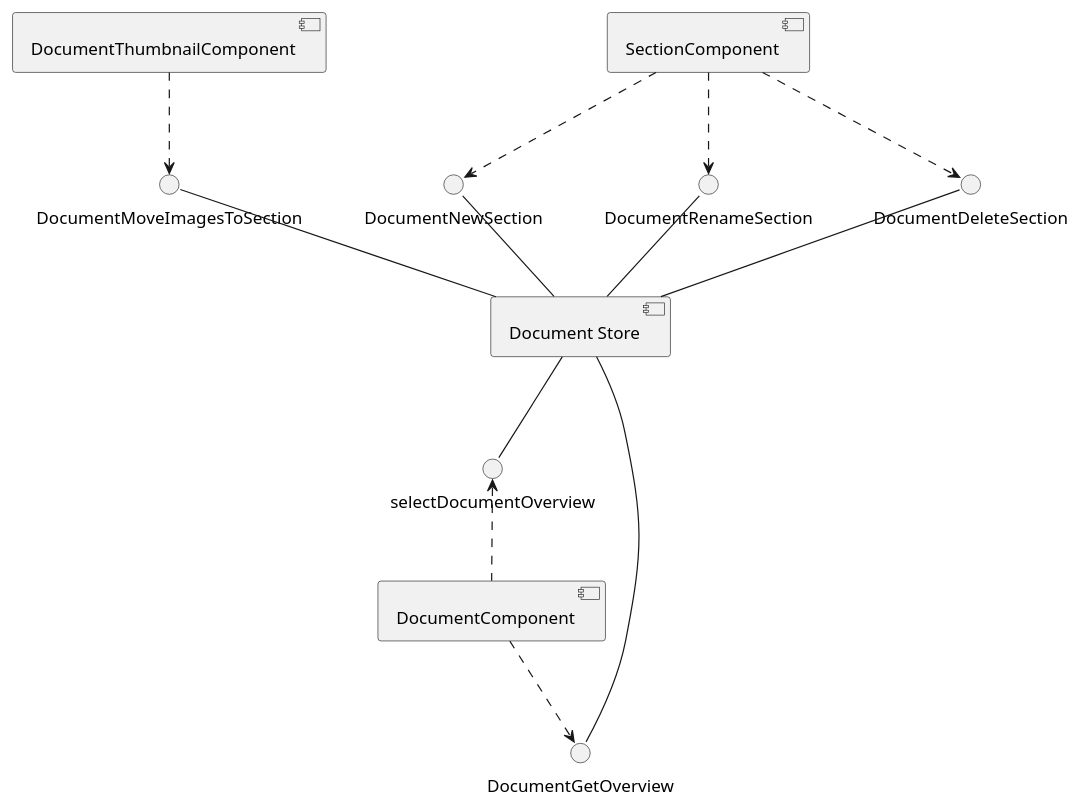
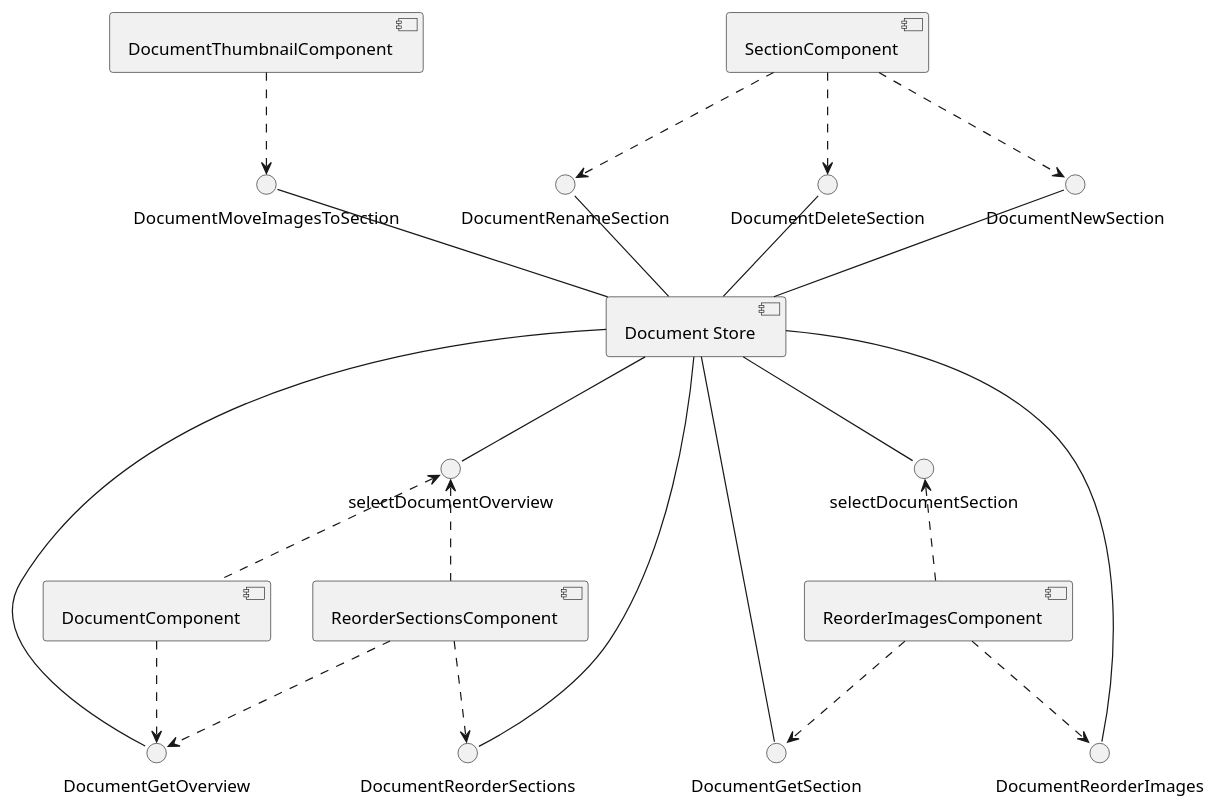
The sixth of 14 diagrams in documentation/puml/angular.puml (HISPAMUS/muret), drawn with PlantUML before and after one commit. The commit also changed 25 other files, not shown here.

```diff
--- a/documentation/puml/angular.puml
+++ b/documentation/puml/angular.puml
@@ -146,18 +146,29 @@
 @startuml document_store_component
     [Document Store]
     DocumentGetOverview -- [Document Store]
     DocumentMoveImagesToSection -- [Document Store]
     DocumentNewSection -- [Document Store]
     DocumentRenameSection -- [Document Store]
     DocumentDeleteSection -- [Document Store]
+    DocumentReorderSections -- [Document Store]
+    DocumentGetSection -- [Document Store]
+    DocumentReorderImages -- [Document Store]
 
     [Document Store] -- selectDocumentOverview
+    [Document Store] -- selectDocumentSection
+    
 
     [DocumentComponent] ..> DocumentGetOverview
+    [ReorderSectionsComponent] ..> DocumentGetOverview
     [DocumentThumbnailComponent] ..> DocumentMoveImagesToSection
     [SectionComponent] ..> DocumentNewSection
     [SectionComponent] ..> DocumentRenameSection
     [SectionComponent] ..> DocumentDeleteSection
+    [ReorderSectionsComponent] ..> DocumentReorderSections
+    [ReorderImagesComponent] ..> DocumentGetSection
+    [ReorderImagesComponent] ..> DocumentReorderImages
 
     selectDocumentOverview <.. [DocumentComponent]
+    selectDocumentOverview <.. [ReorderSectionsComponent]
+    selectDocumentSection <.. [ReorderImagesComponent]
 @enduml
```
